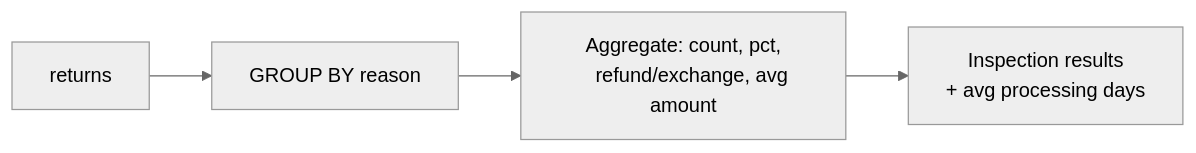
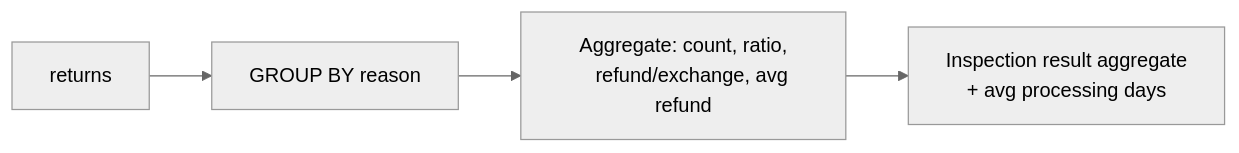
Before and after one commit to civilian7/sql-tutorial: diagram 13 of 18 in docs/en/schema/views.md, drawn with Mermaid (neutral theme). The commit also changed other lines of this file and 121 other files, not shown here.

````diff
--- a/docs/en/schema/views.md
+++ b/docs/en/schema/views.md
@@ -1294,8 +1308,8 @@
 ```mermaid
 flowchart LR
     A["returns"] --> B["GROUP BY reason"]
-    B --> C["Aggregate: count, pct,
-    refund/exchange, avg amount"]
-    C --> D["Inspection results
+    B --> C["Aggregate: count, ratio,
+    refund/exchange, avg refund"]
+    C --> D["Inspection result aggregate
     + avg processing days"]
 ```
````
